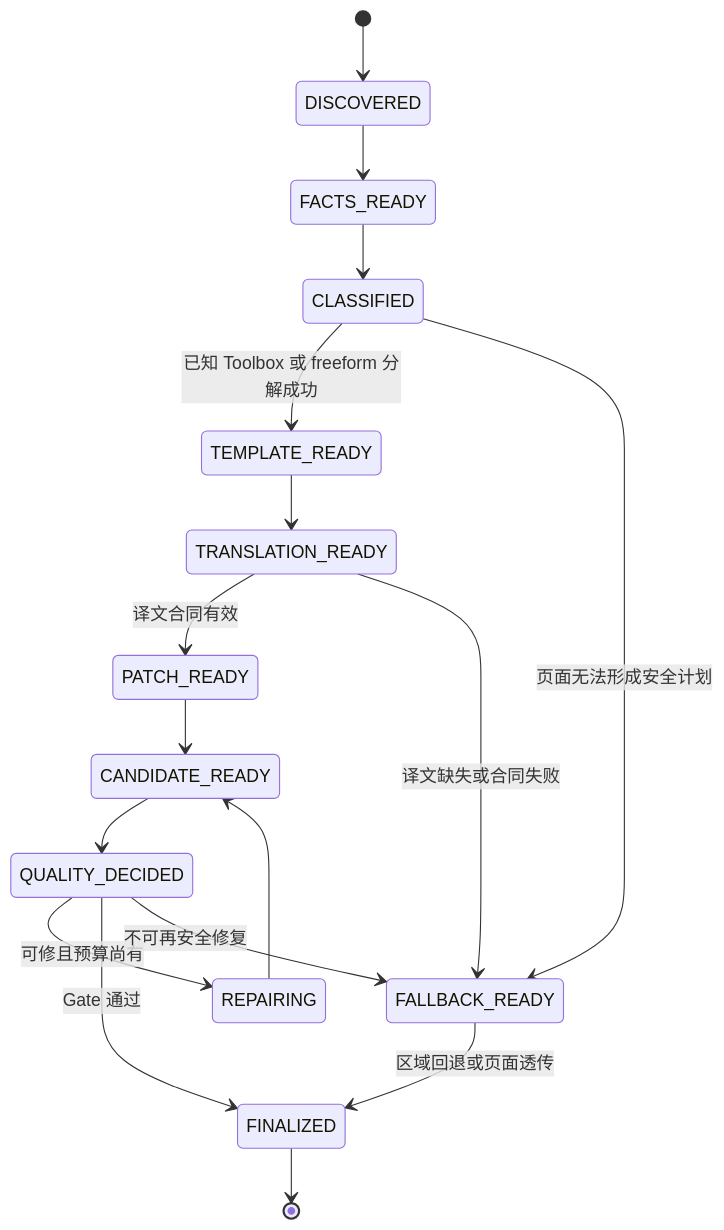
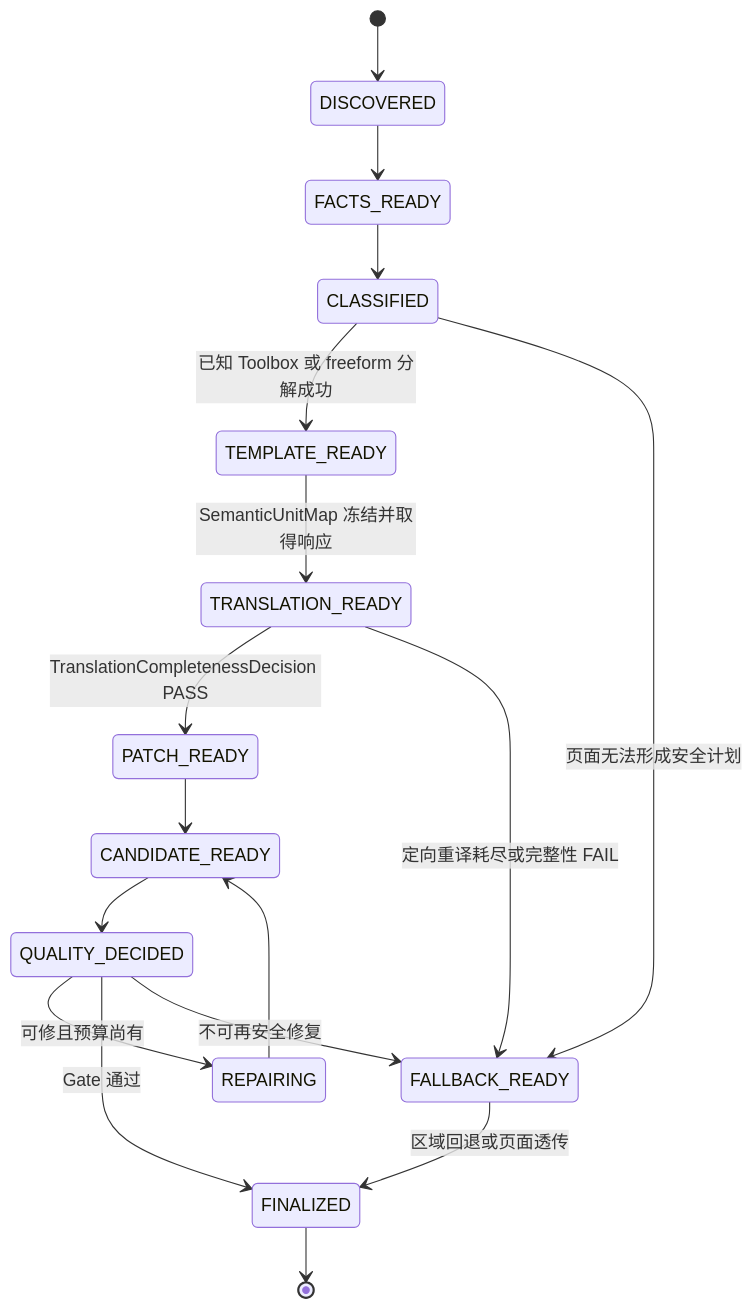
Before and after one commit to huacc/transflow: the tenth of 13 diagrams in docs/设计/Transflow_PDF翻译排版引擎_总体设计_v0.1.md, drawn with Mermaid. The commit also changed other lines of this file and 33284 other files, not shown here.

````diff
--- a/docs/设计/Transflow_PDF翻译排版引擎_总体设计_v0.1.md
+++ b/docs/设计/Transflow_PDF翻译排版引擎_总体设计_v0.1.md
@@ -1532,19 +1639,19 @@
 ```mermaid
 stateDiagram-v2
     [*] --> DISCOVERED
     DISCOVERED --> FACTS_READY
     FACTS_READY --> CLASSIFIED
     CLASSIFIED --> TEMPLATE_READY: 已知 Toolbox 或 freeform 分解成功
     CLASSIFIED --> FALLBACK_READY: 页面无法形成安全计划
-    TEMPLATE_READY --> TRANSLATION_READY
-    TRANSLATION_READY --> PATCH_READY: 译文合同有效
-    TRANSLATION_READY --> FALLBACK_READY: 译文缺失或合同失败
+    TEMPLATE_READY --> TRANSLATION_READY: SemanticUnitMap 冻结并取得响应
+    TRANSLATION_READY --> PATCH_READY: TranslationCompletenessDecision PASS
+    TRANSLATION_READY --> FALLBACK_READY: 定向重译耗尽或完整性 FAIL
     PATCH_READY --> CANDIDATE_READY
     CANDIDATE_READY --> QUALITY_DECIDED
     QUALITY_DECIDED --> REPAIRING: 可修且预算尚有
     REPAIRING --> CANDIDATE_READY
     QUALITY_DECIDED --> FINALIZED: Gate 通过
     QUALITY_DECIDED --> FALLBACK_READY: 不可再安全修复
     FALLBACK_READY --> FINALIZED: 区域回退或页面透传
     FINALIZED --> [*]
 ```
````
